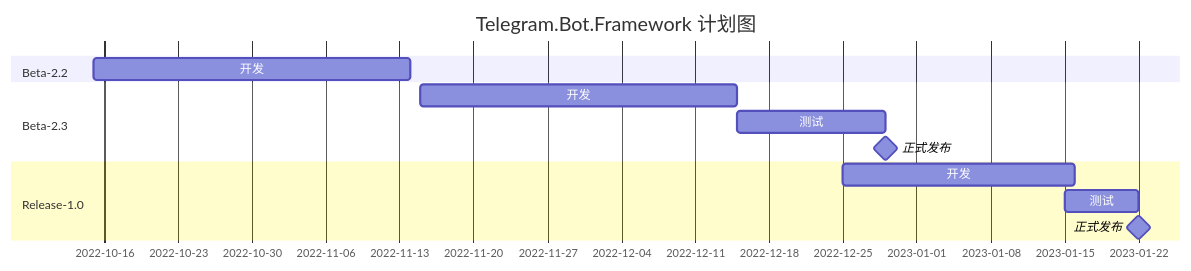
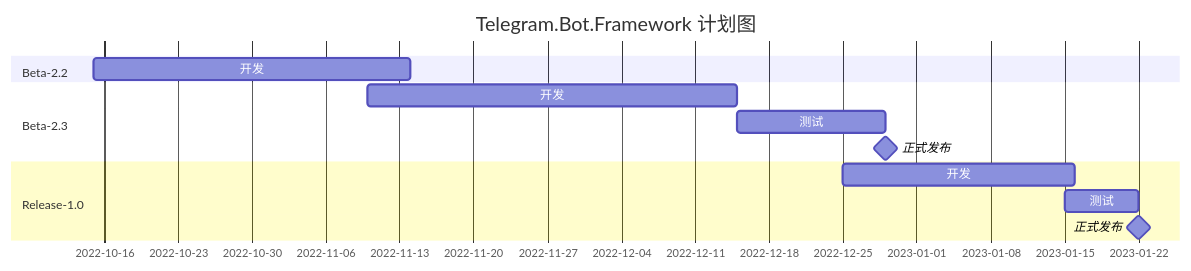
Before and after one commit to Azumo-Lab/Azumo.Telegram.Bot.Framework: the diagram in README.md, drawn with Mermaid.

````diff
--- a/README.md
+++ b/README.md
@@ -3,15 +3,15 @@
 ```mermaid
 gantt
     title Telegram.Bot.Framework 计划图
     dateFormat  YYYY-MM-DD
     section Beta-2.2
     开发  :2022-10-15, 30d
     section Beta-2.3
-    开发  :2022-11-15, 30d
+    开发  :2022-11-10, 35d
     测试  :14d
     正式发布:milestone, 0d
     section Release-1.0
     开发  :2022-12-25, 22d
     测试  :2023-01-15, 7d
     正式发布:milestone, 2023-01-22, 0d
 ```
````
